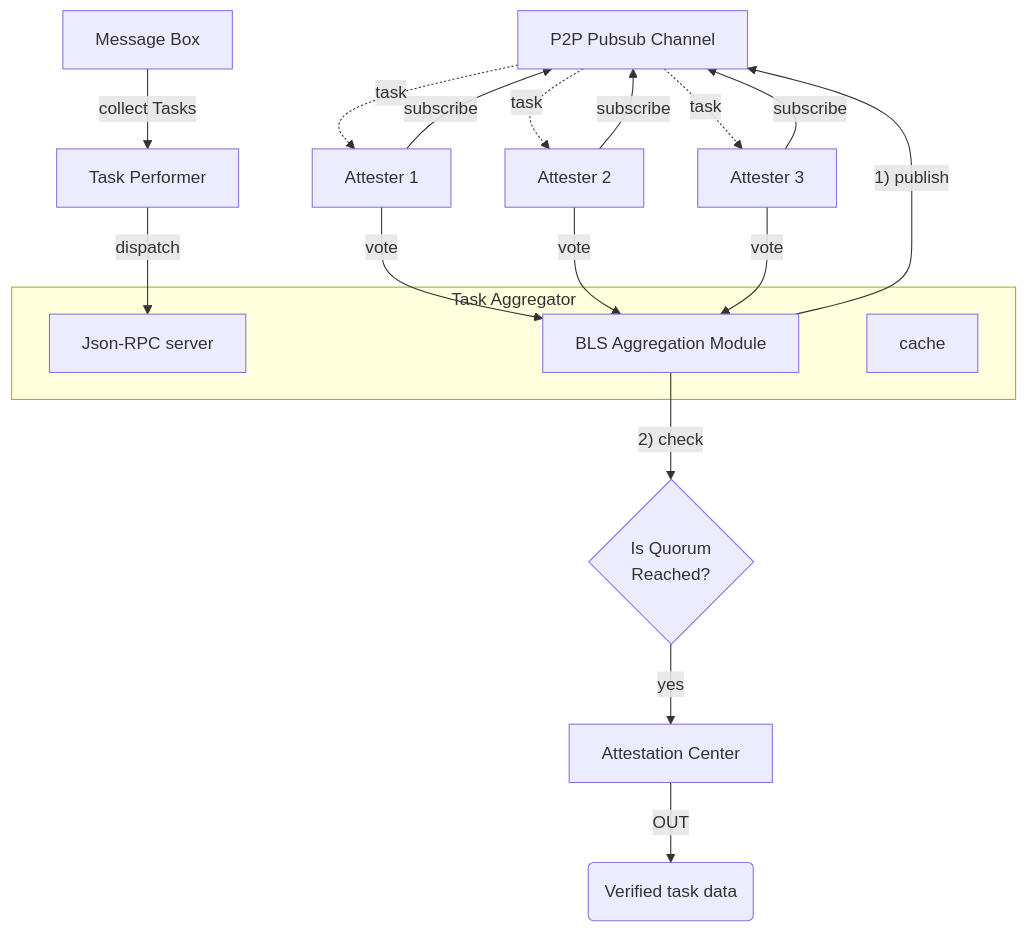
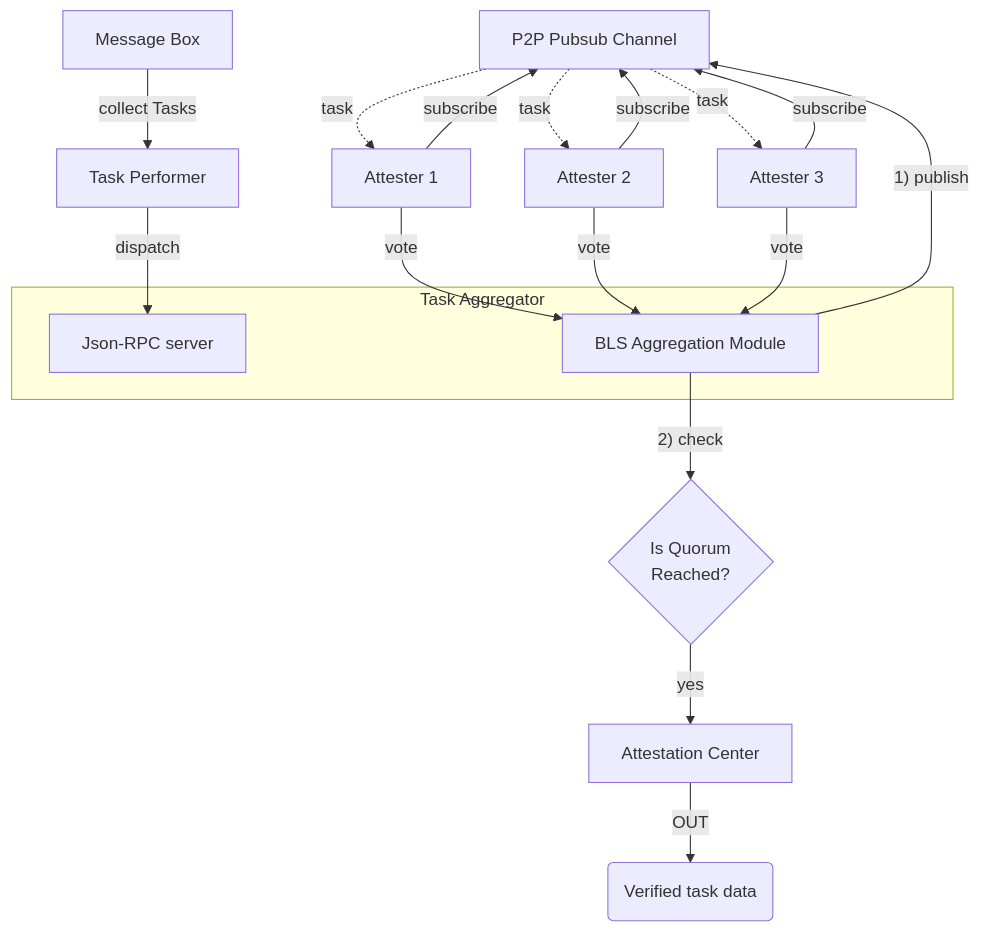
The diagram in main/architecture/avs.mdx (Skate-Org/docs), drawn with Mermaid before and after one commit. The commit also changed other lines of this file and 3 other files, not shown here.

Commit message:
edit architecture components

````diff
--- a/main/architecture/avs.mdx
+++ b/main/architecture/avs.mdx
@@ -39,45 +39,44 @@
 ```mermaid
   flowchart 
     MB[Message Box]
     performer[Task Performer]
     p2p[P2P Pubsub Channel]
     jsonRPC[Json-RPC server]
     blsAggregator[BLS Aggregation Module]
 
 
     MB -- "collect Tasks" --> performer
 
     subgraph aggregator[Task Aggregator]
       jsonRPC
       blsAggregator
-      cache
     end
 
     performer -- "dispatch" --> jsonRPC
 
     blsAggregator -- "1) publish" --> p2p
 
     attester1[Attester 1]
     attester2[Attester 2]
     attester3[Attester 3]
 
     attester1 -- "subscribe" --> p2p
     p2p -. "task" .-> attester1
 
     attester2 -- "subscribe" --> p2p
     p2p -. "task" .-> attester2
 
     attester3 -- "subscribe" --> p2p
     p2p -. "task" .-> attester3
 
     attester1 -- "vote" --> blsAggregator
     attester2 -- "vote" --> blsAggregator
     attester3 -- "vote" --> blsAggregator
 
     quorumReached{"Is Quorum\n Reached?"}
     blsAggregator -- "2) check" --> quorumReached
 
     quorumReached -- "yes" --> AC[Attestation Center]
 
     AC -- "OUT" --> data(Verified task data)
 ```
````
